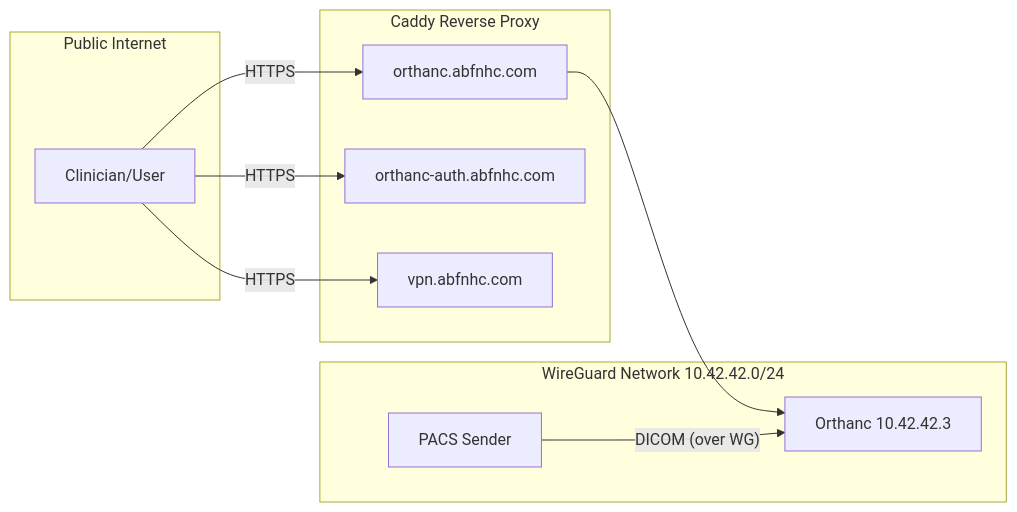
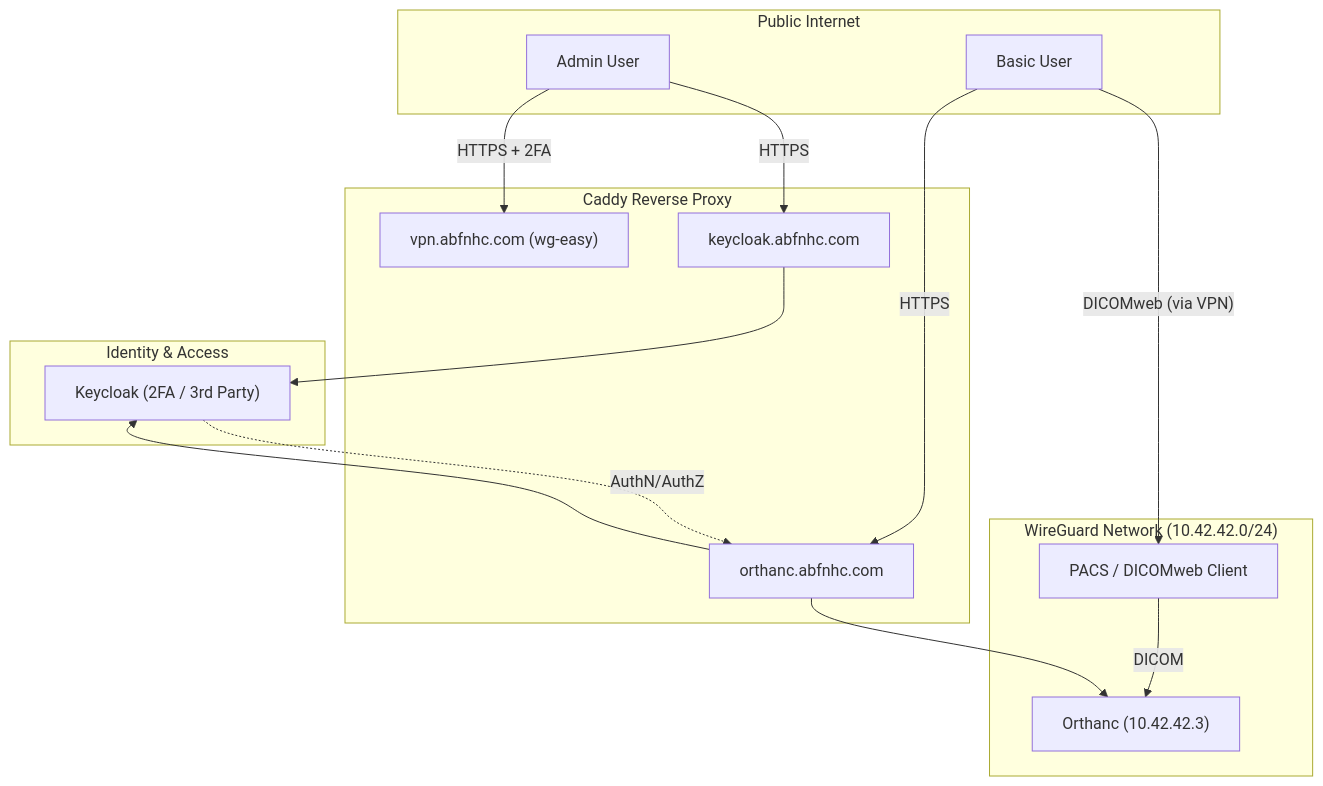
The diagram in docs/hipaa/data-flows.md (nidus-lab/FNHC-Orthanc-Demo), drawn with Mermaid before and after one commit. The commit also changed other lines of this file and 22 other files, not shown here.

````diff
--- a/docs/hipaa/data-flows.md
+++ b/docs/hipaa/data-flows.md
@@ -6,24 +6,36 @@
 ```mermaid
-graph LR
+graph TD
   subgraph Public["Public Internet"]
-    User["Clinician/User"]
+    Admin["Admin User"]
+    Basic["Basic User"]
   end
 
   subgraph Caddy["Caddy Reverse Proxy"]
-    RP1["orthanc.abfnhc.com"]
-    RP4["orthanc-auth.abfnhc.com"]
-    RP5["vpn.abfnhc.com"]
+    RP_VPN["vpn.abfnhc.com (wg-easy)"]
+    RP_KC["keycloak.abfnhc.com"]
+    RP_UI["orthanc.abfnhc.com"]
   end
 
-  subgraph WG["WireGuard Network 10.42.42.0/24"]
-    PACS["PACS Sender"]
-    ORT["Orthanc 10.42.42.3"]
+  subgraph WG["WireGuard Network (10.42.42.0/24)"]
+    PACS["PACS / DICOMweb Client"]
+    ORT["Orthanc (10.42.42.3)"]
   end
 
-  User -->|"HTTPS"| RP1
-  RP1 --> ORT
-  User -->|"HTTPS"| RP4
-  User -->|"HTTPS"| RP5
+  subgraph Auth["Identity & Access"]
+    KC["Keycloak (2FA / 3rd Party)"]
+  end
 
-  PACS -->|"DICOM (over WG)"| ORT
+  %% Admin Flows
+  Admin -->|"HTTPS + 2FA"| RP_VPN
+  Admin -->|"HTTPS"| RP_KC
+  RP_KC --> KC
+
+  %% Basic User Flows
+  Basic -->|"DICOMweb (via VPN)"| PACS
+  PACS -->|"DICOM"| ORT
+
+  Basic -->|"HTTPS"| RP_UI
+  RP_UI --> KC
+  KC -.->|"AuthN/AuthZ"| RP_UI
+  RP_UI --> ORT
 ```
````
